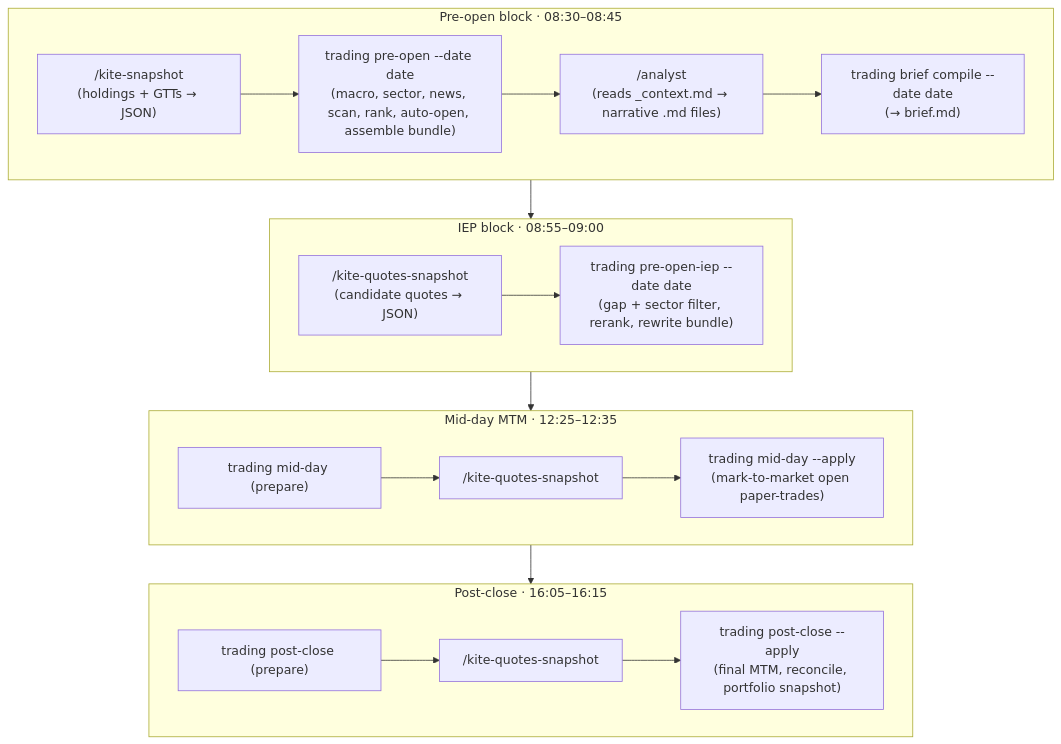
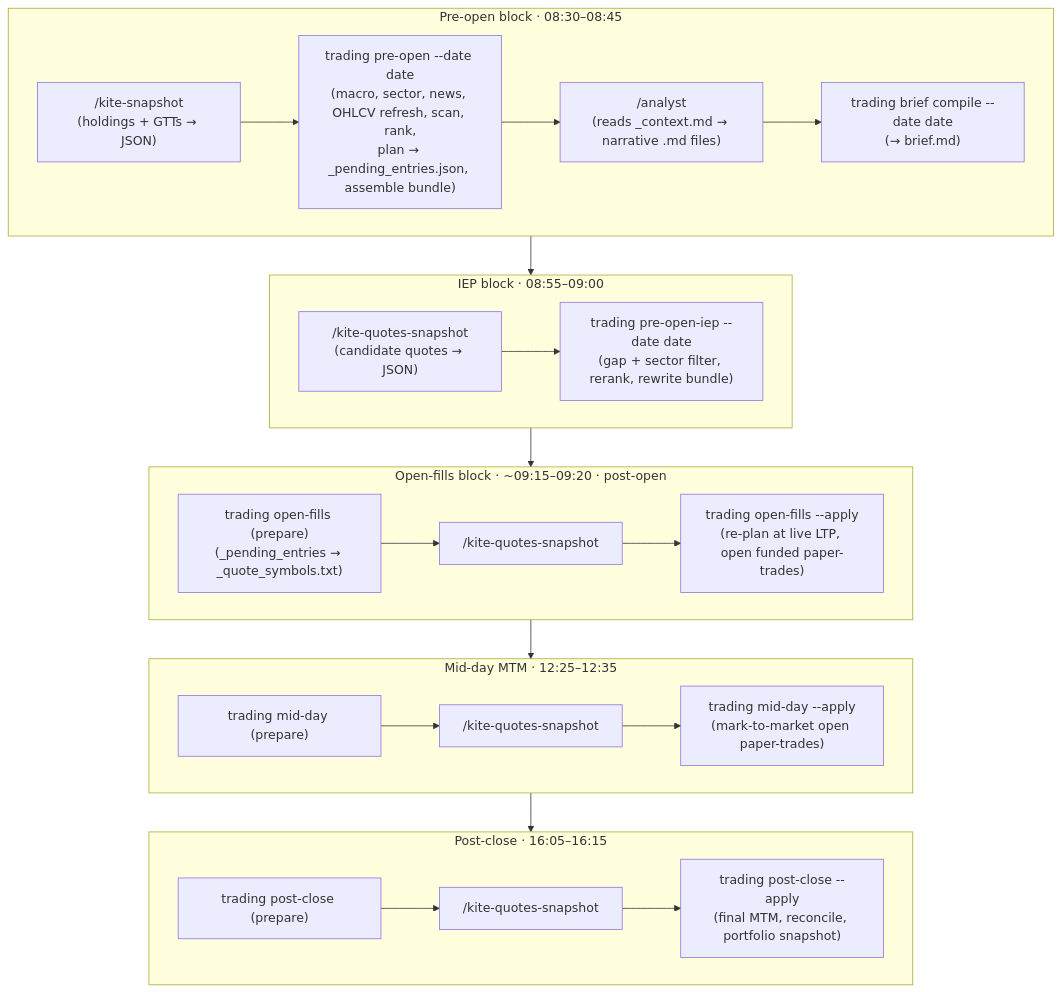
One commit to alladdinkumar/Trading changed the first of 2 diagrams in docs/architecture/00-overview.md. Above: the diagram before and after it, drawn with Mermaid. The commit also changed other lines of this file and 6 other files, not shown here.

First line of the commit message:
docs(arch): refresh 00-08 for the plan/fill split and current system shape

````diff
--- a/docs/architecture/00-overview.md
+++ b/docs/architecture/00-overview.md
@@ -58,18 +58,21 @@
 ```mermaid
 flowchart TD
     subgraph PRE["Pre-open block · 08:30–08:45"]
-        A1["/kite-snapshot<br/>(holdings + GTTs → JSON)"] --> A2["trading pre-open --date date<br/>(macro, sector, news, scan, rank, auto-open, assemble bundle)"]
+        A1["/kite-snapshot<br/>(holdings + GTTs → JSON)"] --> A2["trading pre-open --date date<br/>(macro, sector, news, OHLCV refresh, scan, rank,<br/>plan → _pending_entries.json, assemble bundle)"]
         A2 --> A3["/analyst<br/>(reads _context.md → narrative .md files)"]
         A3 --> A4["trading brief compile --date date<br/>(→ brief.md)"]
     end
     subgraph IEP["IEP block · 08:55–09:00"]
         B1["/kite-quotes-snapshot<br/>(candidate quotes → JSON)"] --> B2["trading pre-open-iep --date date<br/>(gap + sector filter, rerank, rewrite bundle)"]
+    end
+    subgraph OPEN["Open-fills block · ~09:15–09:20 · post-open"]
+        E1["trading open-fills (prepare)<br/>(_pending_entries → _quote_symbols.txt)"] --> E2["/kite-quotes-snapshot"] --> E3["trading open-fills --apply<br/>(re-plan at live LTP, open funded paper-trades)"]
     end
     subgraph MID["Mid-day MTM · 12:25–12:35"]
         C1["trading mid-day (prepare)"] --> C2["/kite-quotes-snapshot"] --> C3["trading mid-day --apply<br/>(mark-to-market open paper-trades)"]
     end
     subgraph POST["Post-close · 16:05–16:15"]
         D1["trading post-close (prepare)"] --> D2["/kite-quotes-snapshot"] --> D3["trading post-close --apply<br/>(final MTM, reconcile, portfolio snapshot)"]
     end
-    PRE --> IEP --> MID --> POST
+    PRE --> IEP --> OPEN --> MID --> POST
 ```
````
